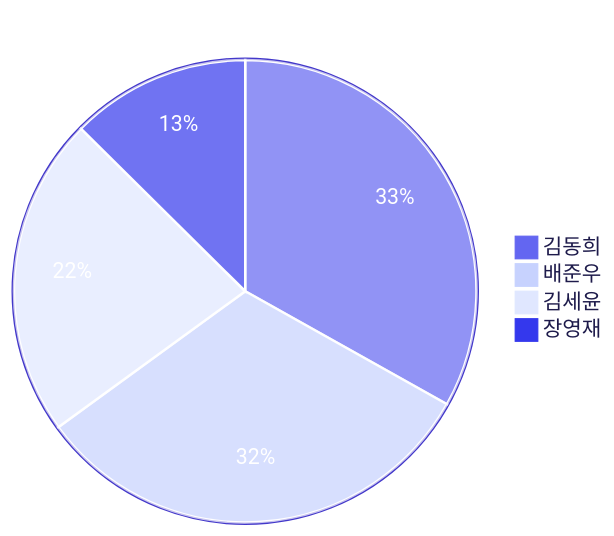
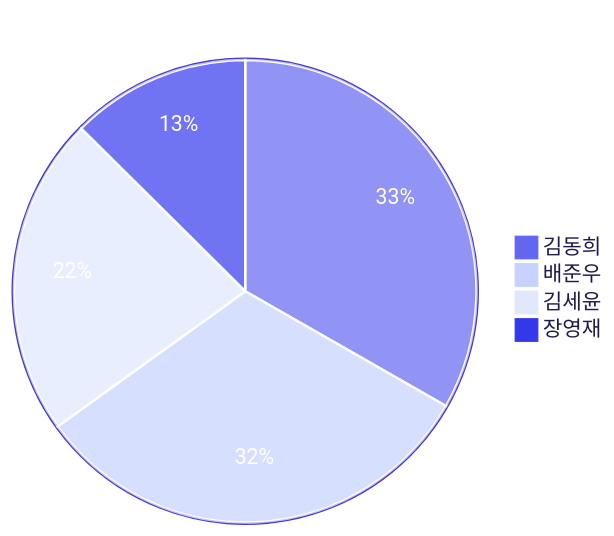
The third of 4 diagrams in README.md (3rd-project-team-1/ALYAC-market-team1), drawn with Mermaid before and after one commit. The commit also changed other lines of this file, not shown here.

Commit message:
docs: 커밋 활동 차트 자동 업데이트 [skip ci]

````diff
--- a/README.md
+++ b/README.md
@@ -430,17 +430,17 @@
 ```mermaid
 %%{init: { 'theme': 'base', 'themeVariables': {
   'primaryColor': '#6366f1',
   'primaryTextColor': '#ffffff',
   'primaryBorderColor': '#4338ca',
   'secondaryColor': '#c7d2fe',
   'tertiaryColor': '#e0e7ff',
   'pieLegendTextColor': '#1e1b4b',
   'pieStrokeColor': '#ffffff',
   'pieOuterStrokeColor': '#4338ca'
 } } }%%
 pie title 기여자별 커밋 수
-  "김동희" : 158
+  "김동희" : 159
   "배준우" : 152
   "김세윤" : 107
   "장영재" : 60
 ```
````
